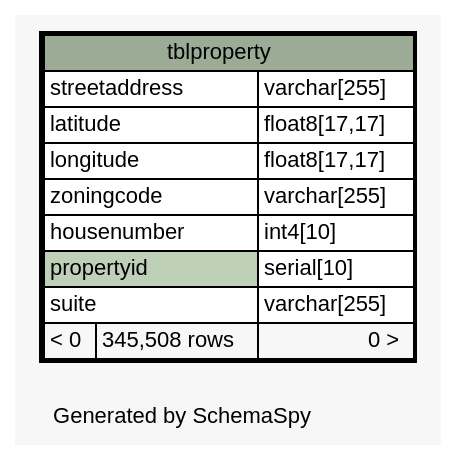
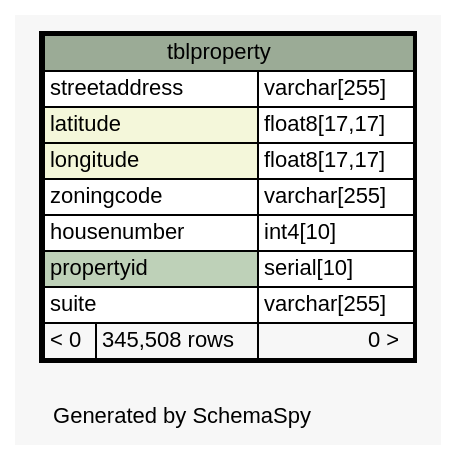
One commit to sehoven/aays401 changed the diagram in docs/databaseDoc/diagrams/tblproperty.1degree.dot. Above: the diagram before and after it, drawn with Graphviz. The commit also changed 24 other files, not shown here.

```diff
--- a/docs/databaseDoc/diagrams/tblproperty.1degree.dot
+++ b/docs/databaseDoc/diagrams/tblproperty.1degree.dot
@@ -1,38 +1,38 @@
 // dot 2.40.1 on Mac OS X 10.10.5
 // SchemaSpy rev 590
 digraph "oneDegreeRelationshipsDiagram" {
   graph [
     rankdir="RL"
     bgcolor="#f7f7f7"
     label="\nGenerated by SchemaSpy"
     labeljust="l"
     nodesep="0.18"
     ranksep="0.46"
     fontname="Helvetica"
     fontsize="11"
   ];
   node [
     fontname="Helvetica"
     fontsize="11"
     shape="plaintext"
   ];
   edge [
     arrowsize="0.8"
   ];
   "tblproperty" [
     label=<
     <TABLE BORDER="2" CELLBORDER="1" CELLSPACING="0" BGCOLOR="#ffffff">
       <TR><TD COLSPAN="3" BGCOLOR="#9bab96" ALIGN="CENTER">tblproperty</TD></TR>
       <TR><TD PORT="streetaddress" COLSPAN="2" ALIGN="LEFT">streetaddress</TD><TD PORT="streetaddress.type" ALIGN="LEFT">varchar[255]</TD></TR>
-      <TR><TD PORT="latitude" COLSPAN="2" ALIGN="LEFT">latitude</TD><TD PORT="latitude.type" ALIGN="LEFT">float8[17,17]</TD></TR>
-      <TR><TD PORT="longitude" COLSPAN="2" ALIGN="LEFT">longitude</TD><TD PORT="longitude.type" ALIGN="LEFT">float8[17,17]</TD></TR>
+      <TR><TD PORT="latitude" COLSPAN="2" BGCOLOR="#f4f7da" ALIGN="LEFT">latitude</TD><TD PORT="latitude.type" ALIGN="LEFT">float8[17,17]</TD></TR>
+      <TR><TD PORT="longitude" COLSPAN="2" BGCOLOR="#f4f7da" ALIGN="LEFT">longitude</TD><TD PORT="longitude.type" ALIGN="LEFT">float8[17,17]</TD></TR>
       <TR><TD PORT="zoningcode" COLSPAN="2" ALIGN="LEFT">zoningcode</TD><TD PORT="zoningcode.type" ALIGN="LEFT">varchar[255]</TD></TR>
       <TR><TD PORT="housenumber" COLSPAN="2" ALIGN="LEFT">housenumber</TD><TD PORT="housenumber.type" ALIGN="LEFT">int4[10]</TD></TR>
       <TR><TD PORT="propertyid" COLSPAN="2" BGCOLOR="#bed1b8" ALIGN="LEFT">propertyid</TD><TD PORT="propertyid.type" ALIGN="LEFT">serial[10]</TD></TR>
       <TR><TD PORT="suite" COLSPAN="2" ALIGN="LEFT">suite</TD><TD PORT="suite.type" ALIGN="LEFT">varchar[255]</TD></TR>
       <TR><TD ALIGN="LEFT" BGCOLOR="#f7f7f7">&lt; 0</TD><TD ALIGN="RIGHT" BGCOLOR="#f7f7f7">345,508 rows</TD><TD ALIGN="RIGHT" BGCOLOR="#f7f7f7">0 &gt;</TD></TR>
     </TABLE>>
     URL="tblproperty.html"
     tooltip="tblproperty"
   ];
 }
```
